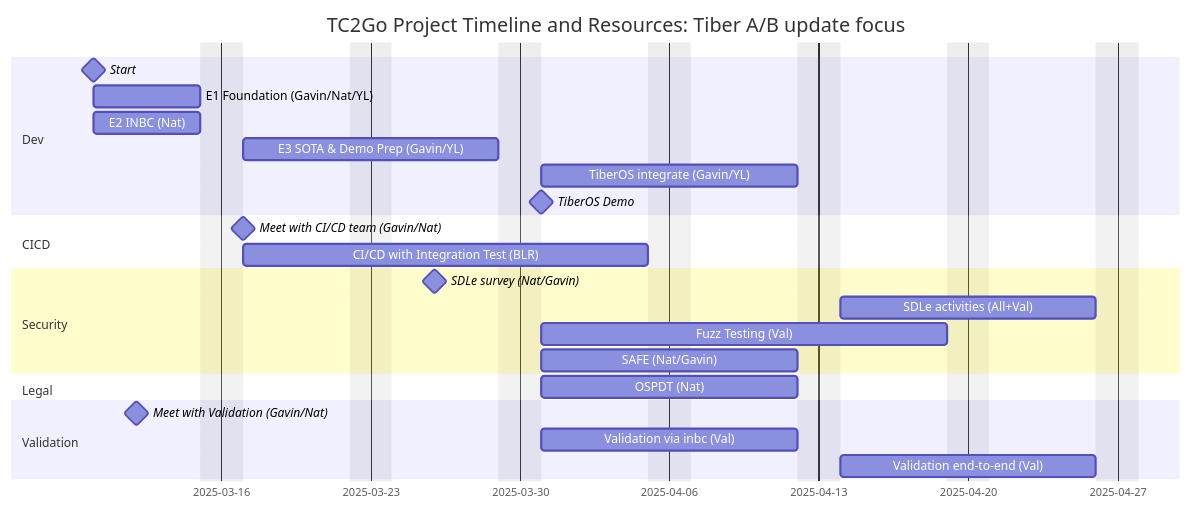
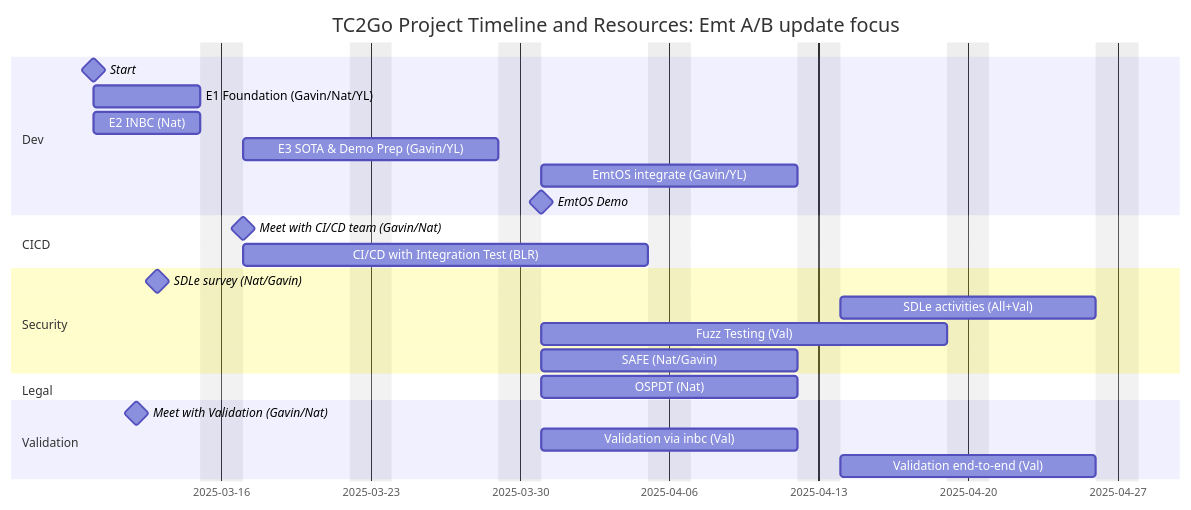
Before and after one commit to intel/intel-inb-manageability: the diagram in doc/timelineAndResources.md, drawn with Mermaid. The commit also changed 8 other files, not shown here.

````diff
--- a/doc/timelineAndResources.md
+++ b/doc/timelineAndResources.md
@@ -1,33 +1,33 @@
 ```mermaid
 gantt
-    title TC2Go Project Timeline and Resources: Tiber A/B update focus
+    title TC2Go Project Timeline and Resources: Emt A/B update focus
     dateFormat  YYYY-MM-DD
     tickInterval 1week
     excludes weekends
 
     section Dev
         Start                             :milestone, :start, 2025-03-10, 0d
         E1 Foundation (Gavin/Nat/YL)    :foundation, 2025-03-10, 5d
         E2 INBC (Nat)                     :inbc, 2025-03-10, 5d
         E3 SOTA & Demo Prep (Gavin/YL)    :sotademo, after inbc, 10d
-        TiberOS integrate (Gavin/YL) :spec, after sotademo, 10d
-        TiberOS Demo                              :milestone, :demo, 2025-03-31, 0d
+        EmtOS integrate (Gavin/YL) :spec, after sotademo, 10d
+        EmtOS Demo                              :milestone, :demo, 2025-03-31, 0d
 
     section CICD
         Meet with CI/CD team (Gavin/Nat)          :milestone, :meetcicd, 2025-03-17, 0d
         CI/CD with Integration Test (BLR)         :cicd, 2025-03-17, 15d
     
     section Security
-        SDLe survey (Nat/Gavin)           :milestone, :survey, 2025-03-26, 0d
+        SDLe survey (Nat/Gavin)           :milestone, :survey, 2025-03-13, 0d
         SDLe activities (All+Val)         :sdle, after safe, 10d
         Fuzz Testing (Val)                :fuzz, 2025-03-31, 15d
         SAFE (Nat/Gavin)                  :safe, 2025-03-31, 10d
 
     section Legal
         OSPDT (Nat)                       :ospdt, 2025-03-31, 10d
     
     section Validation
         Meet with Validation (Gavin/Nat) :milestone, :meetval, 2025-03-12, 0d
         Validation via inbc (Val)        :valinbc, after sotademo, 10d
         Validation end-to-end (Val)      :vale2e, after spec, 10d
 ```
````
